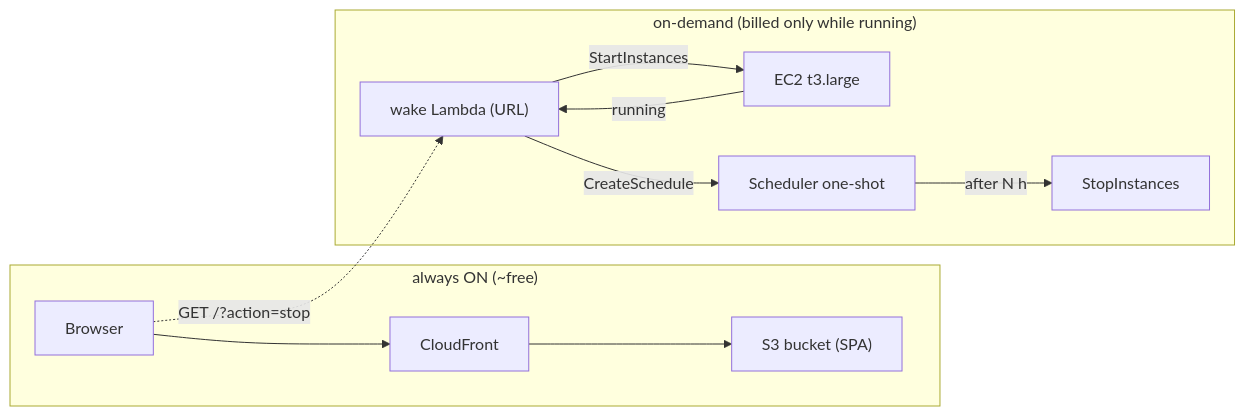
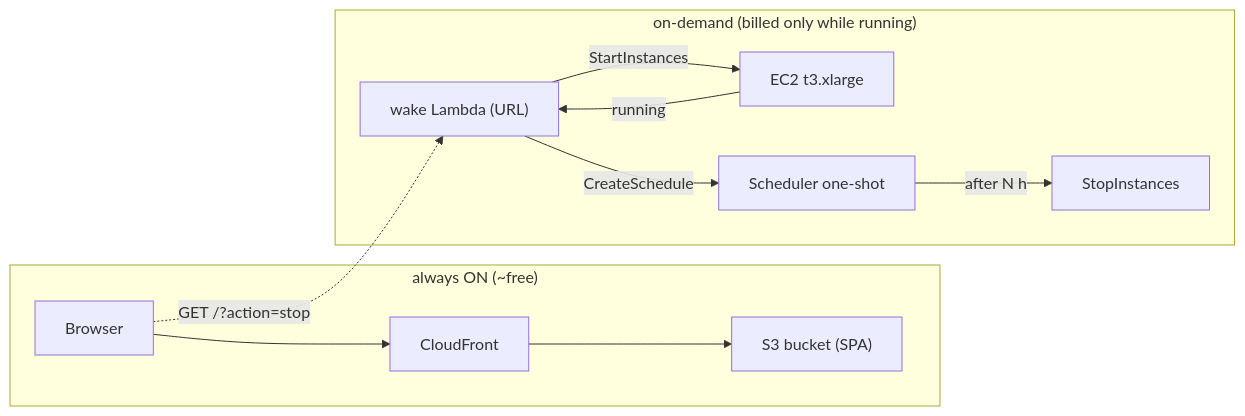
Before and after one commit to AlbertoVilla87/kgraph: the diagram in docs/architecture/aws-ondemand.md, drawn with Mermaid. The commit also changed other lines of this file and 55 other files, not shown here.

````diff
--- a/docs/architecture/aws-ondemand.md
+++ b/docs/architecture/aws-ondemand.md
@@ -29,13 +29,13 @@
 ```mermaid
 flowchart LR
     subgraph Static["always ON (~free)"]
         Browser --> CF["CloudFront"] --> S3["S3 bucket (SPA)"]
     end
     subgraph Backend["on-demand (billed only while running)"]
-        Wake["wake Lambda (URL)"] -->|StartInstances| EC2["EC2 t3.large"]
+        Wake["wake Lambda (URL)"] -->|StartInstances| EC2["EC2 t3.xlarge"]
         EC2 -->|"running"| Wake
         Wake -->|CreateSchedule| Sched["Scheduler one-shot"]
         Sched -->|after N h| Stop["StopInstances"]
     end
     Browser -.->|"GET /?action=stop"| Wake
 ```
````
